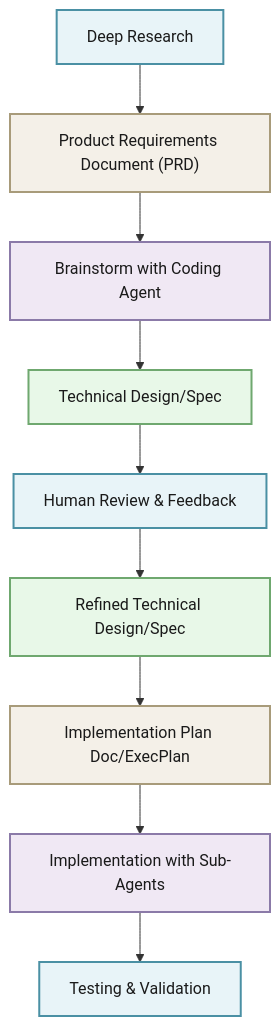
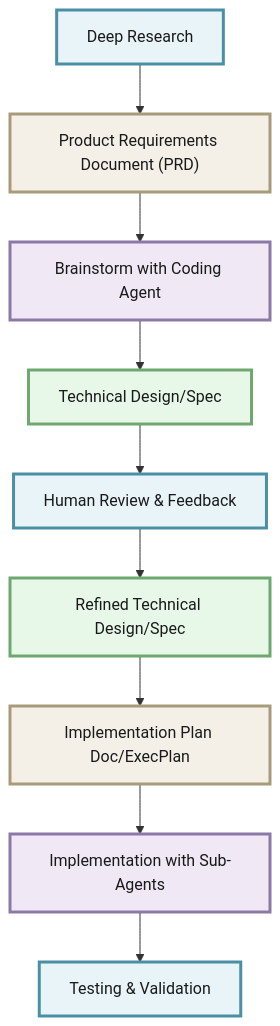
One commit to lavaman131/lavaman131.github.io changed the diagram in src/content/blog/ai-coding-infrastructure.mdx. Above: the diagram before and after it, drawn with Mermaid. The commit also changed 8 other files, not shown here.

Commit message:
fixed centering of diagram

````diff
--- a/src/content/blog/ai-coding-infrastructure.mdx
+++ b/src/content/blog/ai-coding-infrastructure.mdx
@@ -104,37 +104,38 @@
 ```mermaid
 %%{init: {
   'theme': 'default',
   'flowchart': {
     'htmlLabels': false,
     'wrap': true
   },
   'themeVariables': {
     'primaryColor': '#E8F4F8',
     'primaryTextColor': '#1a1a1a',
     'primaryBorderColor': '#4A90A4',
     'secondaryColor': '#F0E8F4',
     'secondaryTextColor': '#1a1a1a',
     'secondaryBorderColor': '#8B7AA8',
     'tertiaryColor': '#F4F0E8',
     'tertiaryTextColor': '#1a1a1a',
     'tertiaryBorderColor': '#A89B7A',
     'noteBkgColor': '#E8F8E8',
     'noteTextColor': '#1a1a1a',
-    'noteBorderColor': '#6FA86F'
+    'noteBorderColor': '#6FA86F',
+    'fontSize': '16px'
   }
 }}%%
 graph TD
     A[Deep Research]:::primaryStyle --> B["Product Requirements Document (PRD)"]:::tertiaryStyle
     B --> C[Brainstorm with Coding Agent]:::secondaryStyle
     C --> D[Technical Design/Spec]:::noteStyle
     D --> E[Human Review & Feedback]:::primaryStyle
     E --> F[Refined Technical Design/Spec]:::noteStyle
     F --> G[Implementation Plan Doc/ExecPlan]:::tertiaryStyle
     G --> H[Implementation with Sub-Agents]:::secondaryStyle
     H --> I[Testing & Validation]:::primaryStyle
-    
-    classDef primaryStyle fill:#E8F4F8,stroke:#4A90A4,stroke-width:2px,color:#1a1a1a
-    classDef secondaryStyle fill:#F0E8F4,stroke:#8B7AA8,stroke-width:2px,color:#1a1a1a
-    classDef tertiaryStyle fill:#F4F0E8,stroke:#A89B7A,stroke-width:2px,color:#1a1a1a
-    classDef noteStyle fill:#E8F8E8,stroke:#6FA86F,stroke-width:2px,color:#1a1a1a
+
+    classDef primaryStyle fill:#E8F4F8,stroke:#4A90A4,stroke-width:3px,color:#1a1a1a
+    classDef secondaryStyle fill:#F0E8F4,stroke:#8B7AA8,stroke-width:3px,color:#1a1a1a
+    classDef tertiaryStyle fill:#F4F0E8,stroke:#A89B7A,stroke-width:3px,color:#1a1a1a
+    classDef noteStyle fill:#E8F8E8,stroke:#6FA86F,stroke-width:3px,color:#1a1a1a
 ```
````
